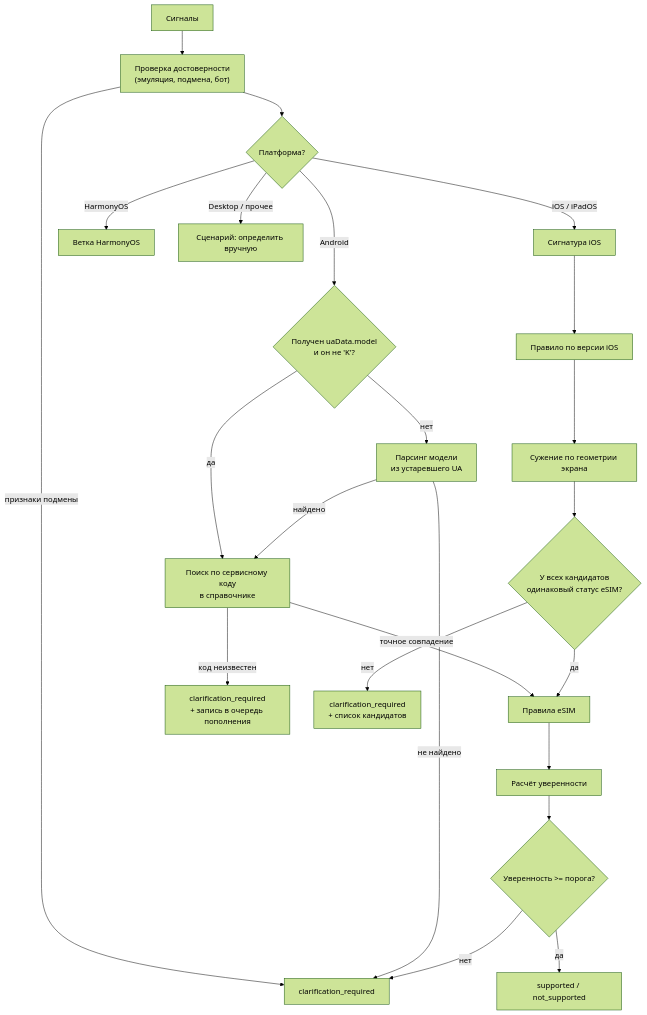
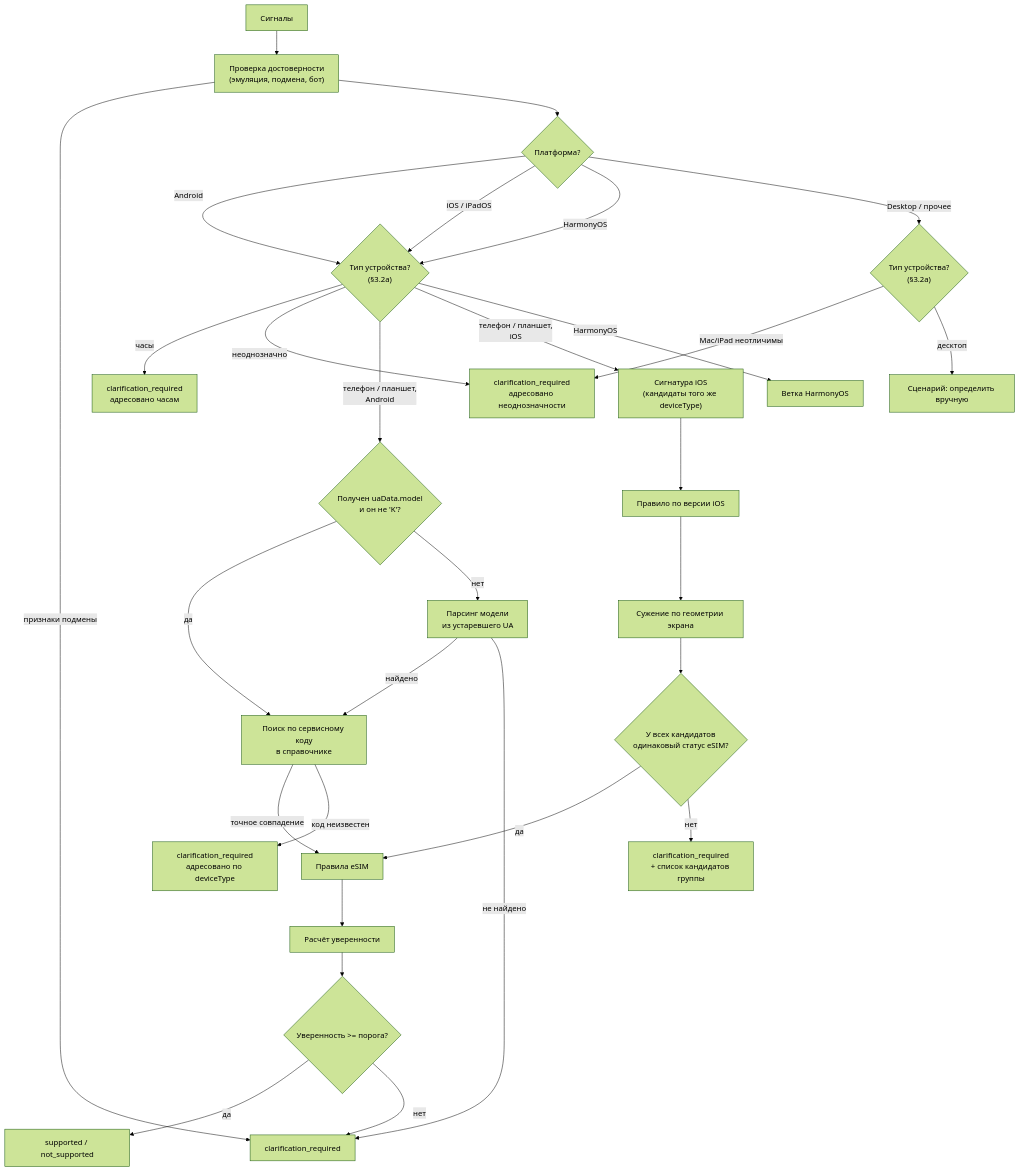
One commit to alivanov/eSimDetector changed the diagram in docs/03-detection-algorithm.md. Above: the diagram before and after it, drawn with Mermaid (forest theme). The commit also changed other lines of this file and 22 other files, not shown here.

First line of the commit message:
feat: распознавание типа устройства — планшеты и умные часы (этап 5.6)

````diff
--- a/docs/03-detection-algorithm.md
+++ b/docs/03-detection-algorithm.md
@@ -35,28 +47,37 @@
 ```mermaid
 flowchart TD
     S["Сигналы"] --> AS["Проверка достоверности<br/>(эмуляция, подмена, бот)"]
     AS -->|"признаки подмены"| CL["clarification_required"]
     AS --> P{"Платформа?"}
-    P -->|"Android"| A1{"Получен uaData.model<br/>и он не 'K'?"}
-    P -->|"iOS / iPadOS"| I1["Сигнатура iOS"]
-    P -->|"HarmonyOS"| H1["Ветка HarmonyOS"]
-    P -->|"Desktop / прочее"| D1["Сценарий: определить вручную"]
+    P -->|"Android"| DT{"Тип устройства?<br/>(§3.2а)"}
+    P -->|"iOS / iPadOS"| DT
+    P -->|"HarmonyOS"| DT
+    P -->|"Desktop / прочее"| DT2{"Тип устройства?<br/>(§3.2а)"}
+
+    DT -->|"часы"| CLW["clarification_required<br/>адресовано часам"]
+    DT -->|"неоднозначно"| CLA["clarification_required<br/>адресовано неоднозначности"]
+    DT2 -->|"Mac/iPad неотличимы"| CLA
+    DT2 -->|"десктоп"| D1["Сценарий: определить вручную"]
+
+    DT -->|"телефон / планшет,<br/>Android"| A1{"Получен uaData.model<br/>и он не 'K'?"}
+    DT -->|"телефон / планшет,<br/>iOS"| I1["Сигнатура iOS<br/>(кандидаты того же deviceType)"]
+    DT -->|"HarmonyOS"| H1["Ветка HarmonyOS"]
 
     A1 -->|"да"| A2["Поиск по сервисному коду<br/>в справочнике"]
     A1 -->|"нет"| A3["Парсинг модели<br/>из устаревшего UA"]
     A3 -->|"найдено"| A2
     A3 -->|"не найдено"| CL
     A2 -->|"точное совпадение"| R["Правила eSIM"]
-    A2 -->|"код неизвестен"| CL2["clarification_required<br/>+ запись в очередь пополнения"]
+    A2 -->|"код неизвестен"| CL2["clarification_required<br/>адресовано по deviceType"]
 
     I1 --> I2["Правило по версии iOS"]
     I2 --> I3["Сужение по геометрии экрана"]
     I3 --> I4{"У всех кандидатов<br/>одинаковый статус eSIM?"}
     I4 -->|"да"| R
-    I4 -->|"нет"| CL3["clarification_required<br/>+ список кандидатов"]
+    I4 -->|"нет"| CL3["clarification_required<br/>+ список кандидатов группы"]
 
     R --> C["Расчёт уверенности"]
     C --> RES{"Уверенность >= порога?"}
     RES -->|"да"| OUT["supported / not_supported"]
     RES -->|"нет"| CL
 ```
````
